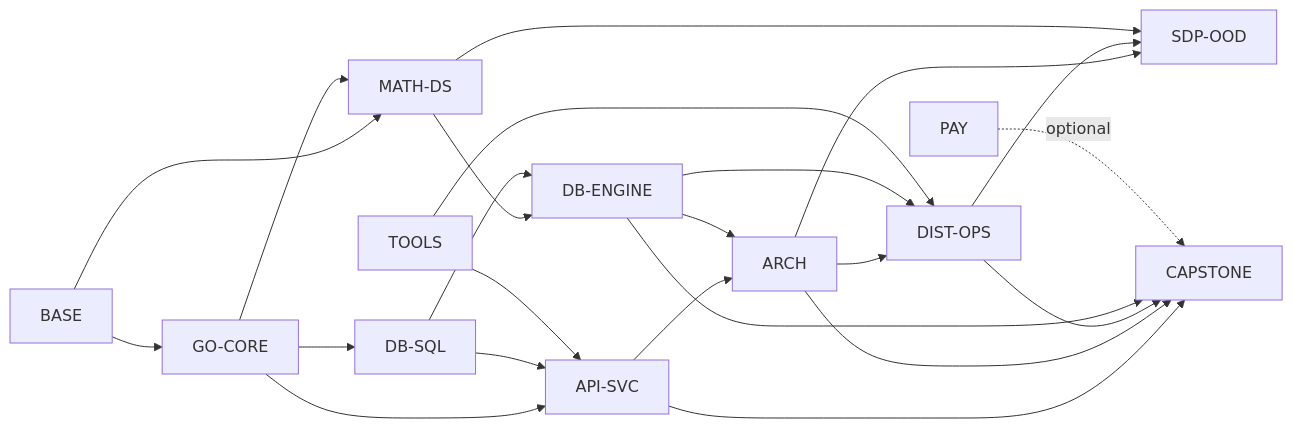
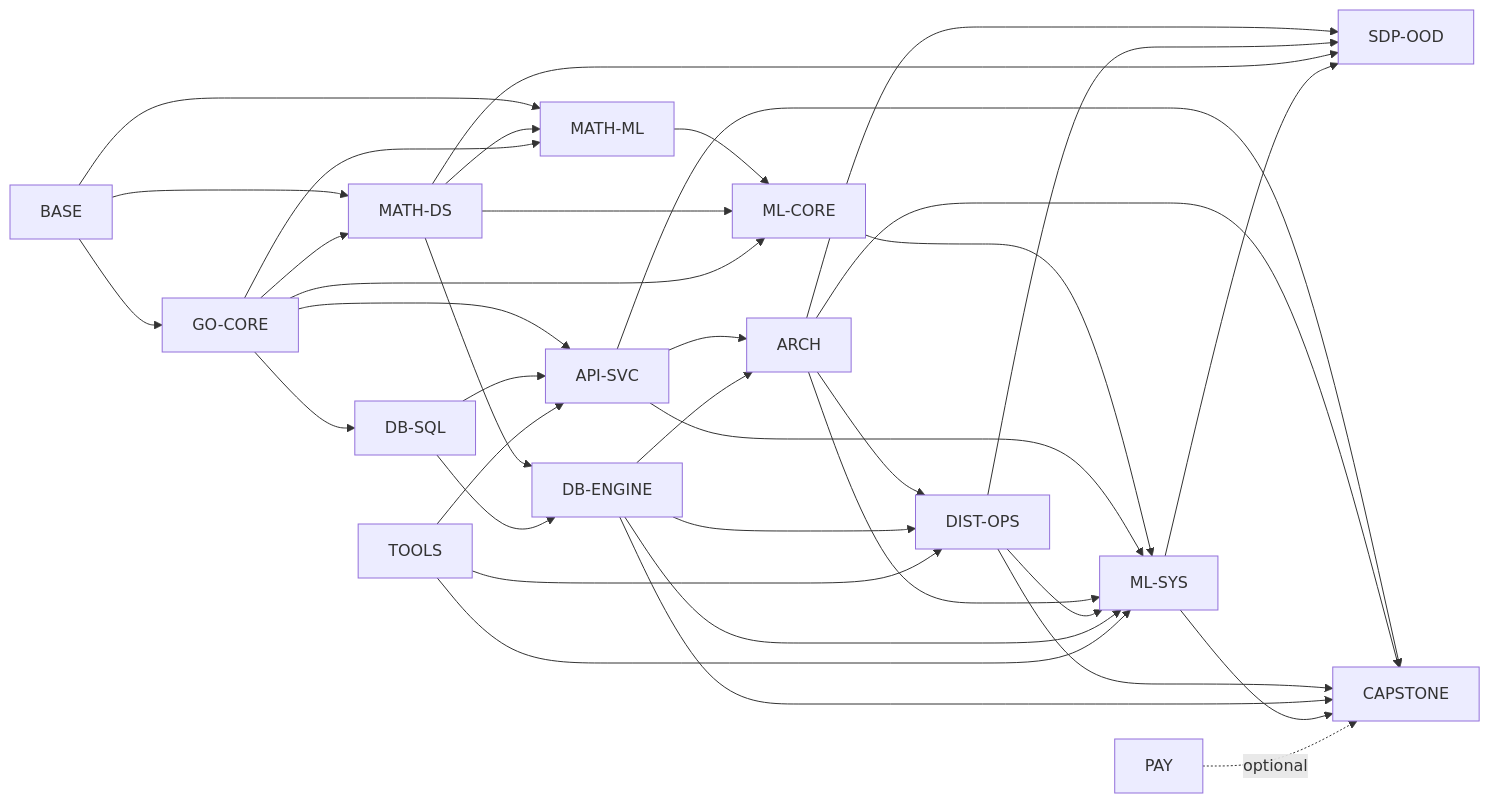
Before and after one commit to anonymous-oracle/sde: the diagram in nasiko-curriculum.md, drawn with Mermaid. The commit also changed other lines of this file and 1 other file, not shown here.

````diff
--- a/nasiko-curriculum.md
+++ b/nasiko-curriculum.md
@@ -73,25 +77,39 @@
 ```mermaid
 flowchart LR
 	BASE --> GO[GO-CORE]
 	BASE --> MATH[MATH-DS]
+	BASE --> MLMATH[MATH-ML]
 	GO --> MATH
+	MATH --> MLMATH
+	GO --> MLMATH
 	GO --> SQL[DB-SQL]
 	MATH --> ENGINE[DB-ENGINE]
 	SQL --> ENGINE
+	MLMATH --> MLCORE[ML-CORE]
+	MATH --> MLCORE
+	GO --> MLCORE
 	GO --> API[API-SVC]
 	SQL --> API
 	API --> ARCH
 	ENGINE --> ARCH
 	ARCH --> DIST[DIST-OPS]
 	ENGINE --> DIST
+	MLCORE --> MLSYS[ML-SYS]
+	API --> MLSYS
+	ARCH --> MLSYS
+	DIST --> MLSYS
+	ENGINE --> MLSYS
 	TOOLS --> API
 	TOOLS --> DIST
+	TOOLS --> MLSYS
 	ARCH --> SDP[SDP-OOD]
 	DIST --> SDP
 	MATH --> SDP
+	MLSYS --> SDP
 	API --> CAPSTONE
 	ARCH --> CAPSTONE
 	DIST --> CAPSTONE
 	ENGINE --> CAPSTONE
+	MLSYS --> CAPSTONE
 	PAY -. optional .-> CAPSTONE
 ```
````
